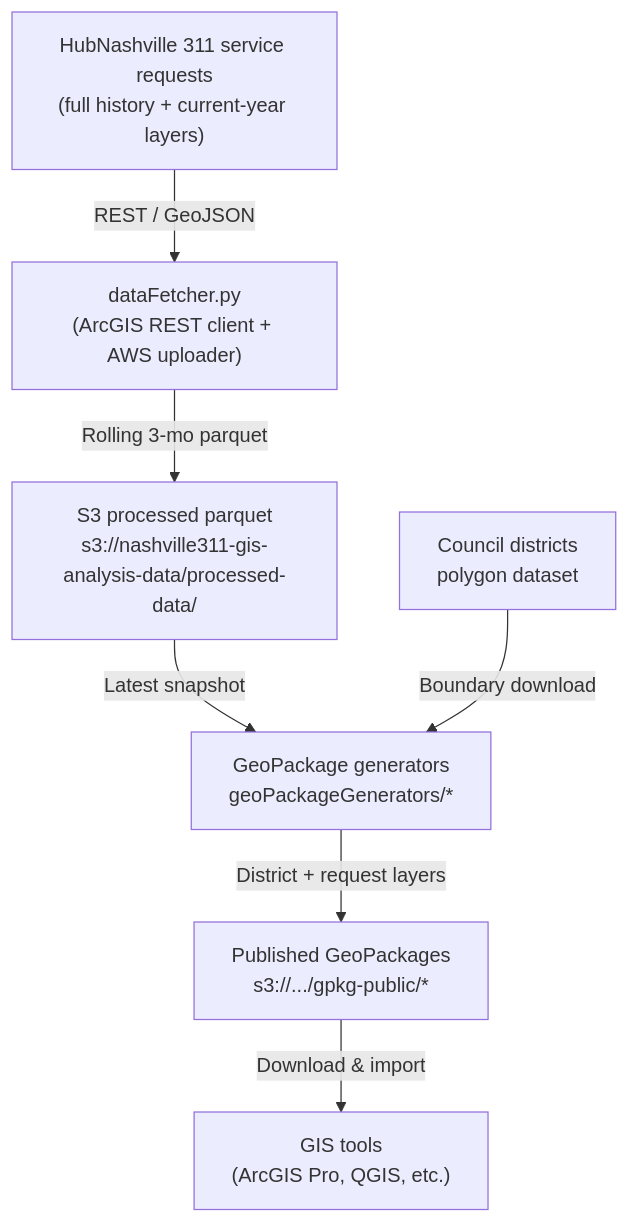
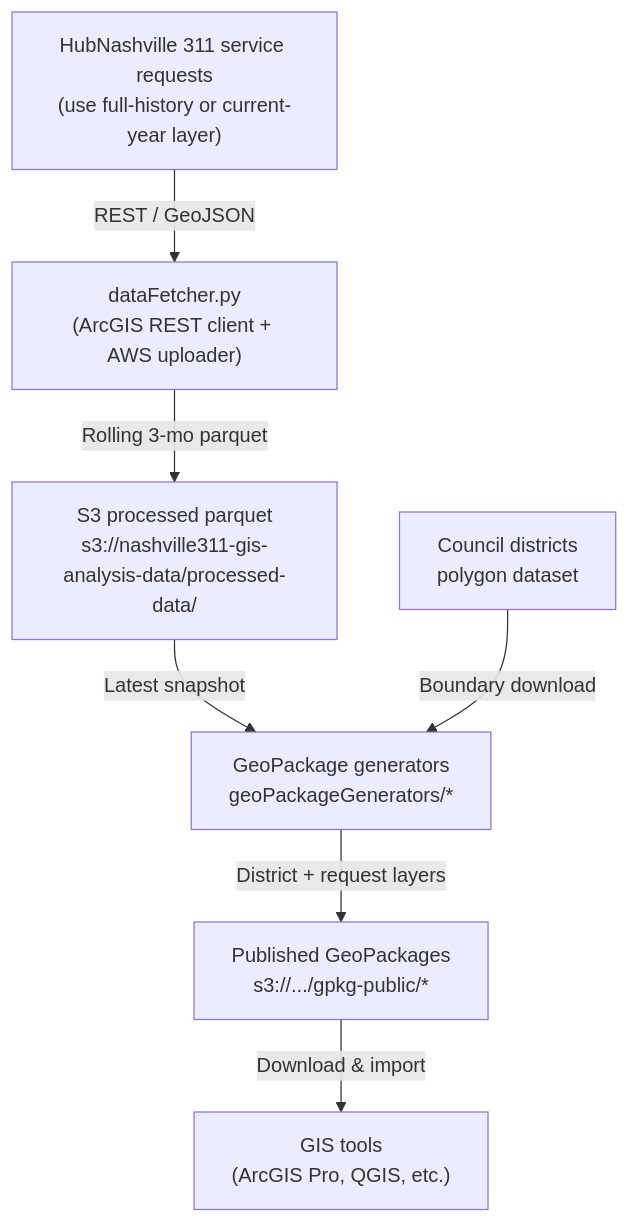
One commit to r0han01/nashville311ArcGisPipeline changed the diagram in README.md. Above: the diagram before and after it, drawn with Mermaid.

Commit message:
Clarify source layer options

````diff
--- a/README.md
+++ b/README.md
@@ -7,18 +7,18 @@
 ```mermaid
 graph TD
-    A1["HubNashville 311 service requests<br/>(full history + current-year layers)"]
+    A1["HubNashville 311 service requests<br/>(use full-history or current-year layer)"]
     A3["Council districts<br/>polygon dataset"]
 
     B1["dataFetcher.py<br/>(ArcGIS REST client + AWS uploader)"]
     B2["S3 processed parquet<br/>s3://nashville311-gis-analysis-data/processed-data/"]
     B3["GeoPackage generators<br/>geoPackageGenerators/*"]
     C1["Published GeoPackages<br/>s3://.../gpkg-public/*"]
     C2["GIS tools<br/>(ArcGIS Pro, QGIS, etc.)"]
 
     A1 -->|"REST / GeoJSON"| B1
     B1 -->|"Rolling 3-mo parquet"| B2
     B2 -->|"Latest snapshot"| B3
     A3 -->|"Boundary download"| B3
     B3 -->|"District + request layers"| C1
     C1 -->|"Download & import"| C2
 ```
````
